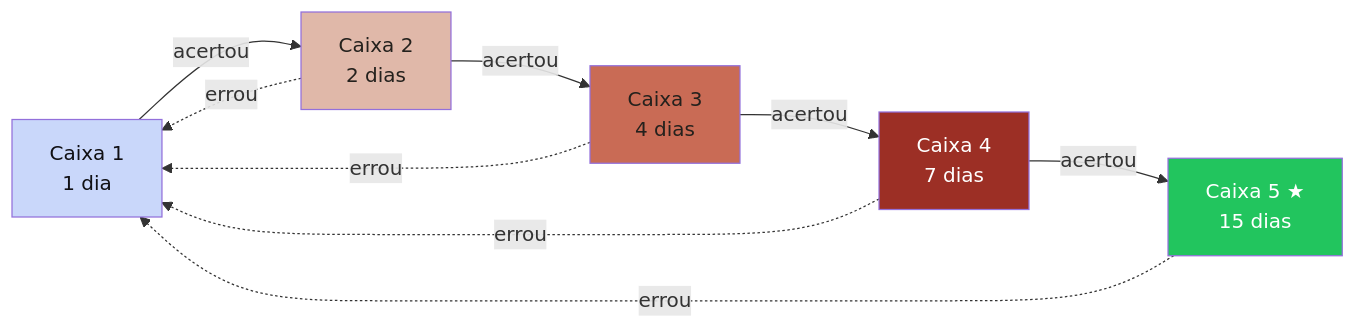
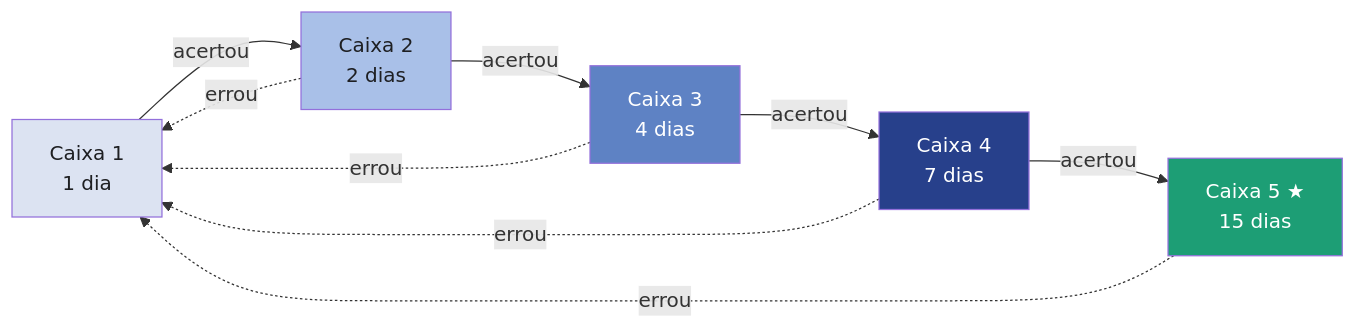
One commit to cielioqueiroz/gabarito_AI changed the fourth of 4 diagrams in README.md. Above: the diagram before and after it, drawn with Mermaid. The commit also changed other lines of this file and 8 other files, not shown here.

````diff
--- a/README.md
+++ b/README.md
@@ -251,17 +251,17 @@
 ```mermaid
 flowchart LR
     C1["Caixa 1<br/>1 dia"] -->|acertou| C2["Caixa 2<br/>2 dias"]
     C2 -->|acertou| C3["Caixa 3<br/>4 dias"]
     C3 -->|acertou| C4["Caixa 4<br/>7 dias"]
     C4 -->|acertou| C5["Caixa 5 ★<br/>15 dias"]
     C2 -.->|errou| C1
     C3 -.->|errou| C1
     C4 -.->|errou| C1
     C5 -.->|errou| C1
 
-    style C5 fill:#22C55E,color:#fff
-    style C1 fill:#C9D7FA,color:#101014
-    style C2 fill:#E0B8A9,color:#24211D
-    style C3 fill:#C96B55,color:#24211D
-    style C4 fill:#9C2F25,color:#fff
+    style C1 fill:#DCE3F2,color:#1E1F22
+    style C2 fill:#A9C0E8,color:#1E1F22
+    style C3 fill:#5E82C4,color:#fff
+    style C4 fill:#27408B,color:#fff
+    style C5 fill:#1D9E75,color:#fff
 ```
````
